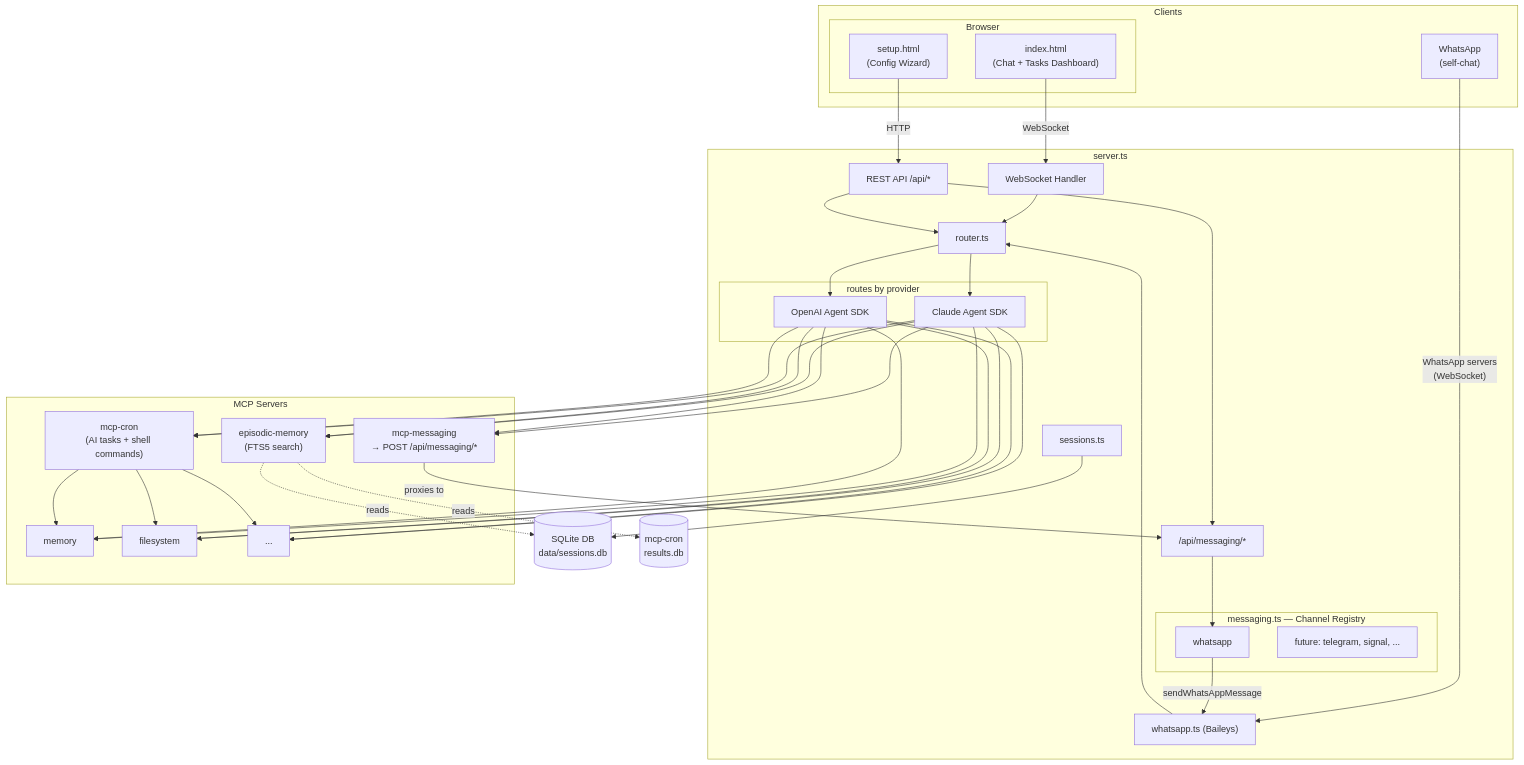
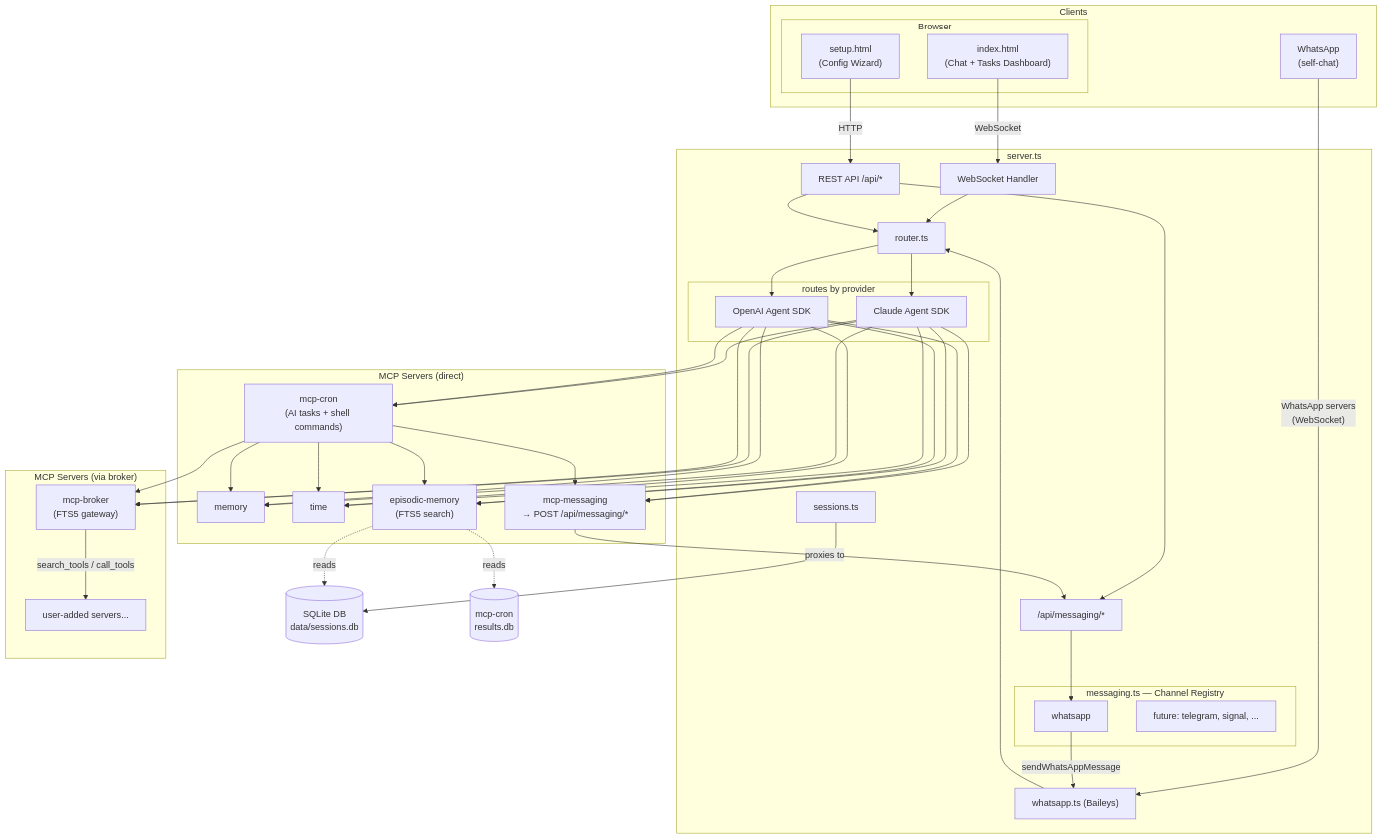
Before and after one commit to jolks/goto-assistant: the diagram in docs/architecture.md, drawn with Mermaid. The commit also changed 9 other files, not shown here.

First line of the commit message:
Update docs, add time to built-in servers, remove filesystem default

````diff
--- a/docs/architecture.md
+++ b/docs/architecture.md
@@ -3,67 +3,72 @@
 ```mermaid
 flowchart TD
     subgraph Clients
         subgraph Browser
             index["index.html<br/>(Chat + Tasks Dashboard)"]
             setup["setup.html<br/>(Config Wizard)"]
         end
         whatsapp_client["WhatsApp<br/>(self-chat)"]
     end
 
     subgraph "server.ts"
         ws["WebSocket Handler"]
         rest["REST API /api/*"]
         wa["whatsapp.ts (Baileys)"]
 
         subgraph "messaging.ts — Channel Registry"
             ch_wa["whatsapp"]
             ch_future["future: telegram, signal, ..."]
         end
 
         messaging_api["/api/messaging/*"]
 
         router["router.ts"]
 
         subgraph providers ["routes by provider"]
             claude["Claude Agent SDK"]
             openai["OpenAI Agent SDK"]
         end
 
         sessions["sessions.ts"]
     end
 
-    subgraph "MCP Servers"
+    subgraph "MCP Servers (direct)"
+        cron["mcp-cron<br/>(AI tasks + shell commands)"]
         memory["memory"]
-        filesystem["filesystem"]
-        other_mcp["..."]
-        cron["mcp-cron<br/>(AI tasks + shell commands)"]
+        time_srv["time"]
         mcp_msg["mcp-messaging<br/>→ POST /api/messaging/*"]
         episodic["episodic-memory<br/>(FTS5 search)"]
+    end
+
+    subgraph "MCP Servers (via broker)"
+        broker["mcp-broker<br/>(FTS5 gateway)"]
+        other_mcp["user-added servers..."]
     end
 
     db[("SQLite DB<br/>data/sessions.db")]
     cron_db[("mcp-cron<br/>results.db")]
 
     index -- "WebSocket" --> ws
     setup -- "HTTP" --> rest
     whatsapp_client -- "WhatsApp servers<br/>(WebSocket)" --> wa
 
     ws --> router
     rest --> router
     wa --> router
     router --> claude & openai
 
     rest --> messaging_api
     messaging_api --> ch_wa
     ch_wa -- "sendWhatsAppMessage" --> wa
 
-    claude --> memory & filesystem & other_mcp & cron & mcp_msg & episodic
-    openai --> memory & filesystem & other_mcp & cron & mcp_msg & episodic
-    cron --> memory & filesystem & other_mcp
+    claude --> cron & memory & time_srv & mcp_msg & episodic & broker
+    openai --> cron & memory & time_srv & mcp_msg & episodic & broker
+    cron --> memory & time_srv & mcp_msg & episodic & broker
+    broker -- "search_tools / call_tools" --> other_mcp
 
     mcp_msg -- "proxies to" --> messaging_api
 
     sessions --> db
     episodic -. "reads" .-> db
     episodic -. "reads" .-> cron_db
 ```
````
